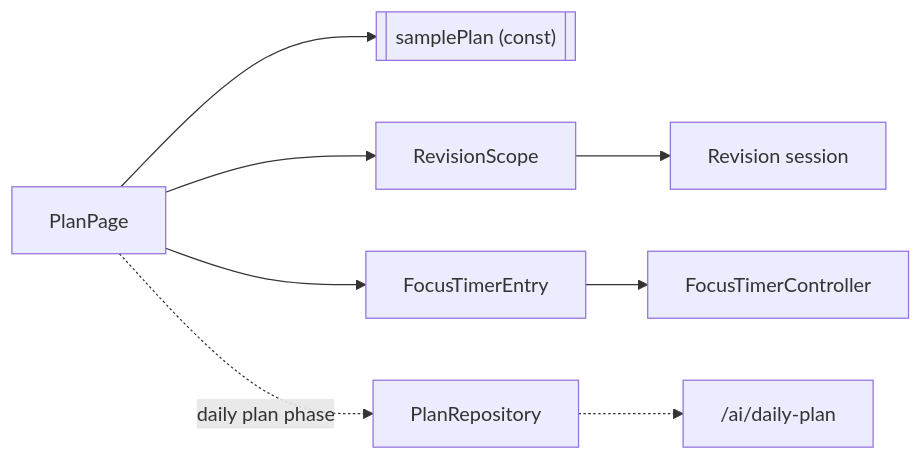
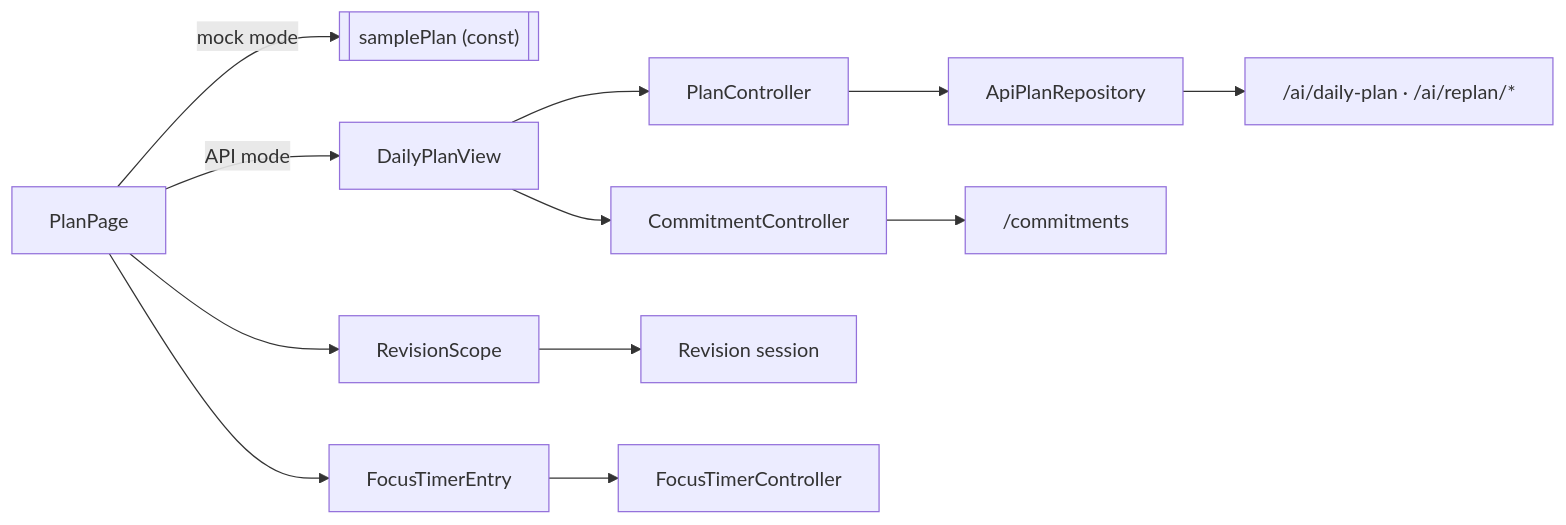
The diagram in docs/omnia-vault/Features/Plan.md (Gaoher-1207/omnia), drawn with Mermaid before and after one commit. The commit also changed other lines of this file and 33 other files, not shown here.

````diff
--- a/docs/omnia-vault/Features/Plan.md
+++ b/docs/omnia-vault/Features/Plan.md
@@ -43,7 +43,8 @@
 ```mermaid
 flowchart LR
-    PP["PlanPage"] --> SP[["samplePlan (const)"]]
+    PP["PlanPage"] -->|mock mode| SP[["samplePlan (const)"]]
+    PP -->|API mode| DPV["DailyPlanView"] --> PC["PlanController"] --> PR["ApiPlanRepository"] --> AI["/ai/daily-plan · /ai/replan/*"]
+    DPV --> CC["CommitmentController"] --> CR["/commitments"]
     PP --> RS["RevisionScope"] --> RDP["Revision session"]
     PP --> FE["FocusTimerEntry"] --> FT["FocusTimerController"]
-    PP -.->|daily plan phase| PR["PlanRepository"] -.-> AI["/ai/daily-plan"]
 ```
````
